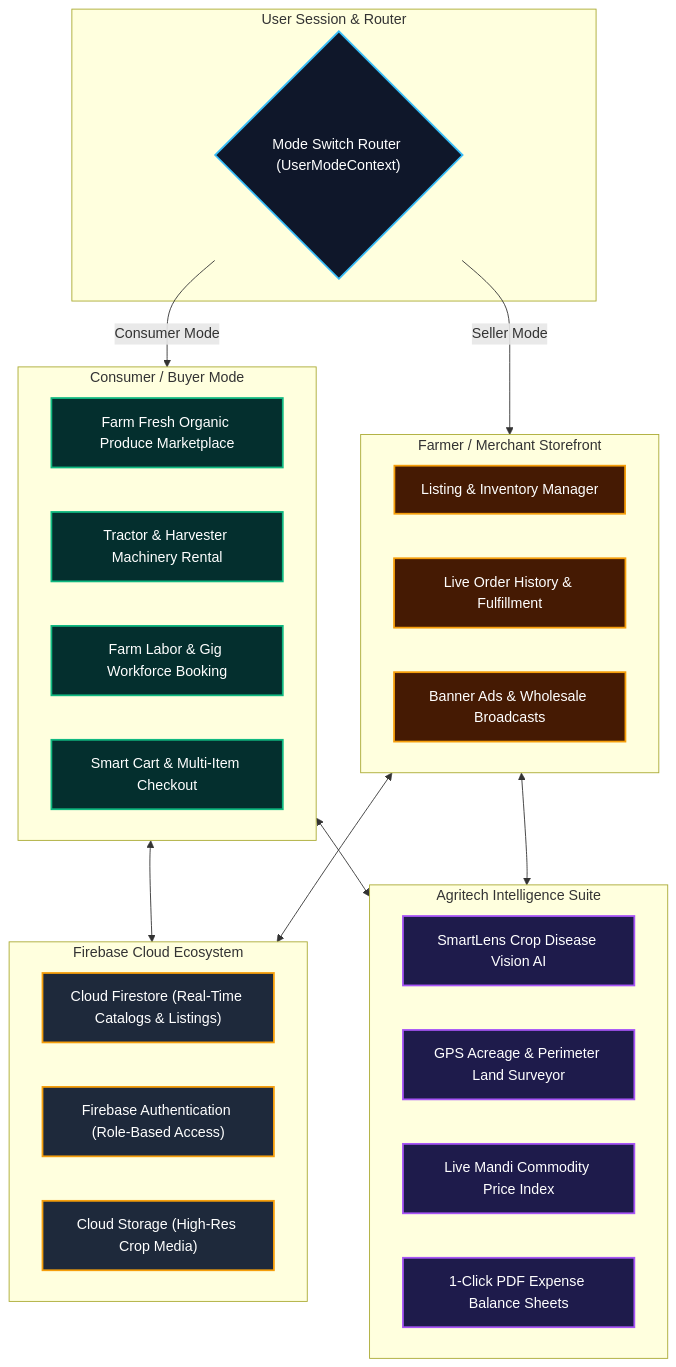
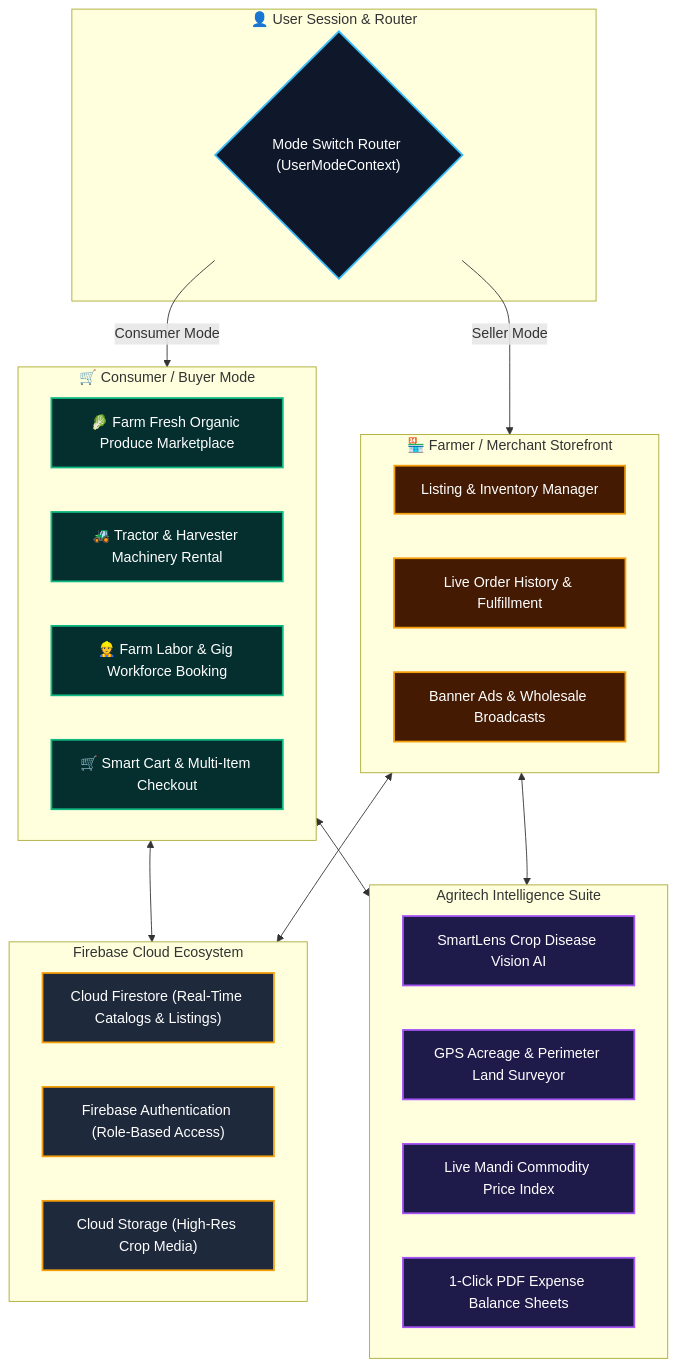
One commit to maniscap/My-First-App changed the diagram in README.md. Above: the diagram before and after it, drawn with Mermaid. The commit also changed other lines of this file, not shown here.

````diff
--- a/README.md
+++ b/README.md
@@ -37,43 +38,43 @@
 ```mermaid
 flowchart TD
     classDef client fill:#0f172a,stroke:#38bdf8,stroke-width:2px,color:#fff;
     classDef buyer fill:#042f2e,stroke:#10b981,stroke-width:2px,color:#fff;
     classDef seller fill:#451a03,stroke:#f59e0b,stroke-width:2px,color:#fff;
     classDef ai fill:#1e1b4b,stroke:#a855f7,stroke-width:2px,color:#fff;
     classDef fb fill:#1e293b,stroke:#f59e0b,stroke-width:2px,color:#fff;
 
-    subgraph User["User Session & Router"]
+    subgraph User["👤 User Session & Router"]
         ModeSwitch{"Mode Switch Router (UserModeContext)"}:::client
     end
 
-    subgraph ConsumerSpace["Consumer / Buyer Mode"]
-        FarmFresh["Farm Fresh Organic Produce Marketplace"]:::buyer
-        HireMachinery["Tractor & Harvester Machinery Rental"]:::buyer
-        HireWorkers["Farm Labor & Gig Workforce Booking"]:::buyer
-        Cart["Smart Cart & Multi-Item Checkout"]:::buyer
+    subgraph ConsumerSpace["🛒 Consumer / Buyer Mode"]
+        FarmFresh["🥬 Farm Fresh Organic Produce Marketplace"]:::buyer
+        HireMachinery["🚜 Tractor & Harvester Machinery Rental"]:::buyer
+        HireWorkers["👷 Farm Labor & Gig Workforce Booking"]:::buyer
+        Cart["🛒 Smart Cart & Multi-Item Checkout"]:::buyer
     end
 
-    subgraph SellerSpace["Farmer / Merchant Storefront"]
+    subgraph SellerSpace["🏪 Farmer / Merchant Storefront"]
         Storefront["Listing & Inventory Manager"]:::seller
         OrderFlow["Live Order History & Fulfillment"]:::seller
         PromoEngine["Banner Ads & Wholesale Broadcasts"]:::seller
     end
 
     subgraph AIAndTools["Agritech Intelligence Suite"]
         SmartLens["SmartLens Crop Disease Vision AI"]:::ai
         GPSMeasure["GPS Acreage & Perimeter Land Surveyor"]:::ai
         MandiRates["Live Mandi Commodity Price Index"]:::ai
         PDFGen["1-Click PDF Expense Balance Sheets"]:::ai
     end
 
     subgraph CloudEngine["Firebase Cloud Ecosystem"]
         Firestore["Cloud Firestore (Real-Time Catalogs & Listings)"]:::fb
         Auth["Firebase Authentication (Role-Based Access)"]:::fb
         Storage["Cloud Storage (High-Res Crop Media)"]:::fb
     end
 
     ModeSwitch -->|Consumer Mode| ConsumerSpace
     ModeSwitch -->|Seller Mode| SellerSpace
     ConsumerSpace & SellerSpace <--> CloudEngine
     ConsumerSpace & SellerSpace <--> AIAndTools
 ```
````
